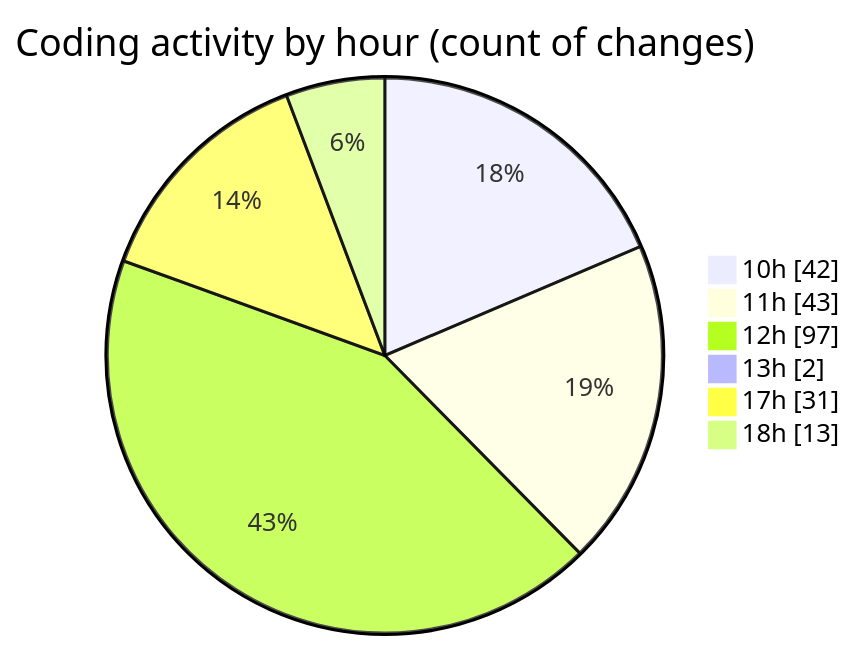
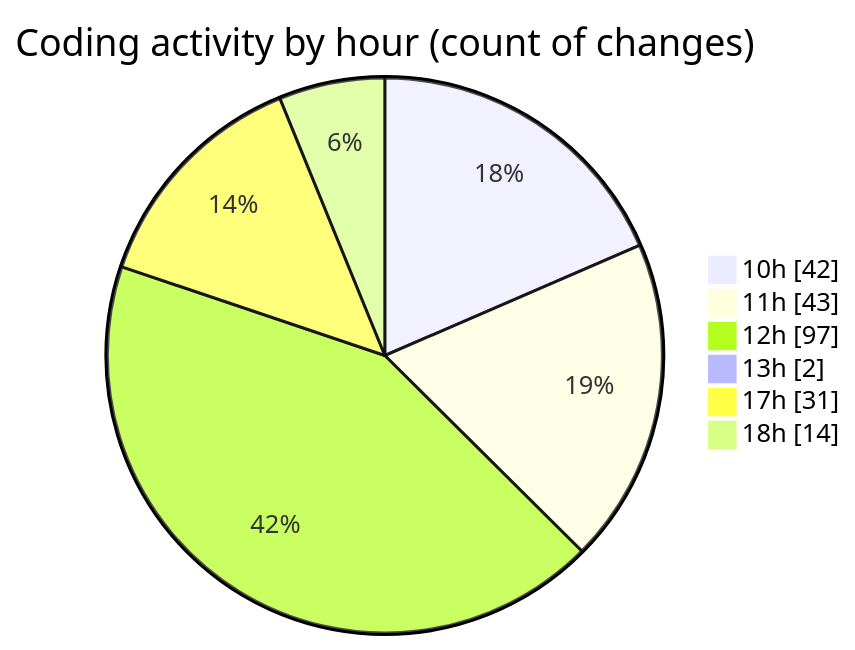
Before and after one commit to CELIANVF/code-tracking: the second of 2 diagrams in 2025-05-15/ecodeli-1/README.md, drawn with Mermaid. The commit also changed other lines of this file and 1 other file, not shown here.

````diff
--- a/2025-05-15/ecodeli-1/README.md
+++ b/2025-05-15/ecodeli-1/README.md
@@ -82,10 +82,10 @@
 ```mermaid
 pie showData
 title Coding activity by hour (count of changes)
 "10h" : 42
 "11h" : 43
 "12h" : 97
 "13h" : 2
 "17h" : 31
-"18h" : 13
+"18h" : 14
 ```
````
